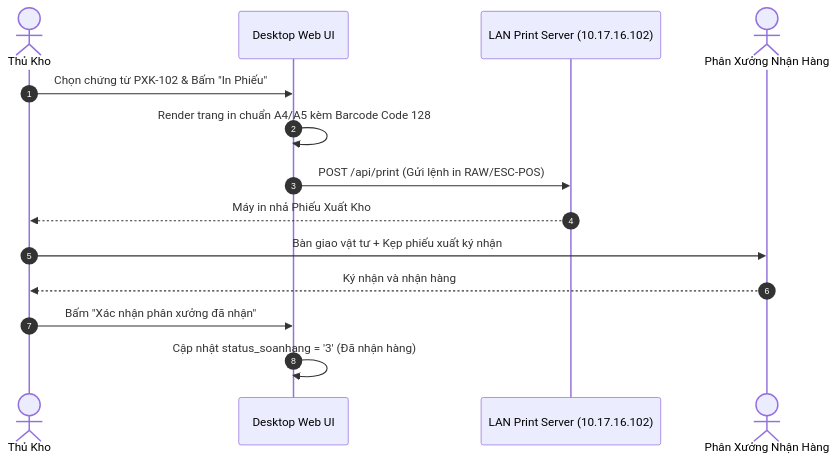
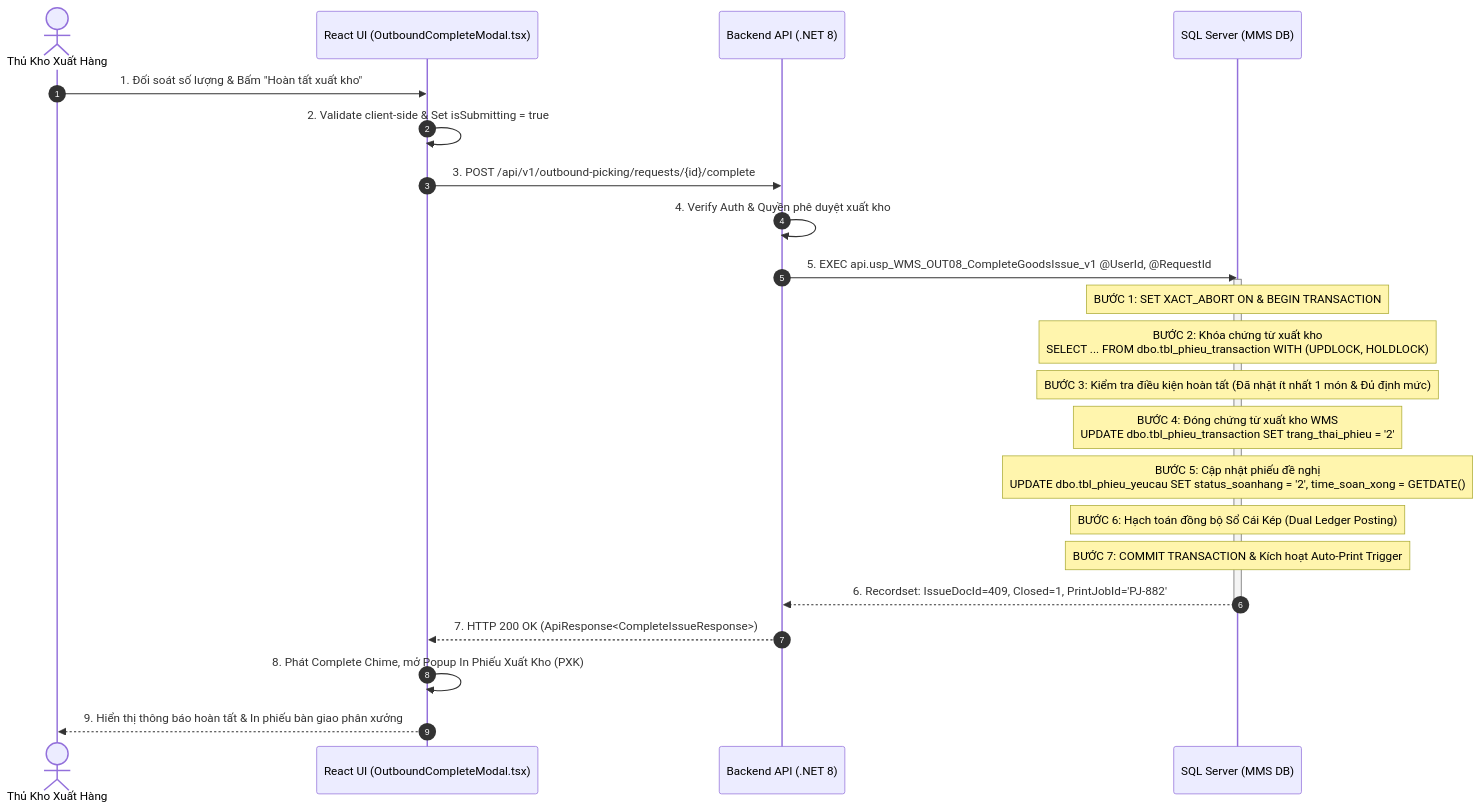
Before and after one commit to Sohoa-KNSG/mms: the third of 4 diagrams in docs/03-use-cases/UC-23_OUT-09.md, drawn with Mermaid. The commit also changed other lines of this file and 18 other files, not shown here.

Commit message:
docs: add internal Stored Procedure execution order and transaction logic steps to Sequence Diagrams across all use cases

````diff
--- a/docs/03-use-cases/UC-23_OUT-09.md
+++ b/docs/03-use-cases/UC-23_OUT-09.md
@@ -138,17 +138,30 @@
 ```mermaid
 sequenceDiagram
     autonumber
-    actor Storekeeper as Thủ Kho
-    participant UI as Desktop Web UI
-    participant PrintSvc as LAN Print Server (10.17.16.102)
-    actor Workshop as Phân Xưởng Nhận Hàng
+    actor User as Thủ Kho Xuất Hàng
+    participant UI as React UI (OutboundCompleteModal.tsx)
+    participant API as Backend API (.NET 8)
+    participant DB as SQL Server (MMS DB)
 
-    Storekeeper->>UI: Chọn chứng từ PXK-102 & Bấm "In Phiếu"
-    UI->>UI: Render trang in chuẩn A4/A5 kèm Barcode Code 128
-    UI->>PrintSvc: POST /api/print (Gửi lệnh in RAW/ESC-POS)
-    PrintSvc-->>Storekeeper: Máy in nhả Phiếu Xuất Kho
-    Storekeeper->>Workshop: Bàn giao vật tư + Kẹp phiếu xuất ký nhận
-    Workshop-->>Storekeeper: Ký nhận và nhận hàng
-    Storekeeper->>UI: Bấm "Xác nhận phân xưởng đã nhận"
-    UI->>UI: Cập nhật status_soanhang = '3' (Đã nhận hàng)
+    User->>UI: 1. Đối soát số lượng & Bấm "Hoàn tất xuất kho"
+    UI->>UI: 2. Validate client-side & Set isSubmitting = true
+    UI->>API: 3. POST /api/v1/outbound-picking/requests/{id}/complete
+    
+    API->>API: 4. Verify Auth & Quyền phê duyệt xuất kho
+    API->>DB: 5. EXEC api.usp_WMS_OUT08_CompleteGoodsIssue_v1 @UserId, @RequestId
+    
+    activate DB
+    Note over DB: BƯỚC 1: SET XACT_ABORT ON & BEGIN TRANSACTION
+    Note over DB: BƯỚC 2: Khóa chứng từ xuất kho<br/>SELECT ... FROM dbo.tbl_phieu_transaction WITH (UPDLOCK, HOLDLOCK)
+    Note over DB: BƯỚC 3: Kiểm tra điều kiện hoàn tất (Đã nhặt ít nhất 1 món & Đủ định mức)
+    Note over DB: BƯỚC 4: Đóng chứng từ xuất kho WMS<br/>UPDATE dbo.tbl_phieu_transaction SET trang_thai_phieu = '2'
+    Note over DB: BƯỚC 5: Cập nhật phiếu đề nghị<br/>UPDATE dbo.tbl_phieu_yeucau SET status_soanhang = '2', time_soan_xong = GETDATE()
+    Note over DB: BƯỚC 6: Hạch toán đồng bộ Sổ Cái Kép (Dual Ledger Posting)
+    Note over DB: BƯỚC 7: COMMIT TRANSACTION & Kích hoạt Auto-Print Trigger
+    DB-->>API: 6. Recordset: IssueDocId=409, Closed=1, PrintJobId='PJ-882'
+    deactivate DB
+
+    API-->>UI: 7. HTTP 200 OK (ApiResponse<CompleteIssueResponse>)
+    UI->>UI: 8. Phát Complete Chime, mở Popup In Phiếu Xuất Kho (PXK)
+    UI-->>User: 9. Hiển thị thông báo hoàn tất & In phiếu bàn giao phân xưởng
 ```
````
